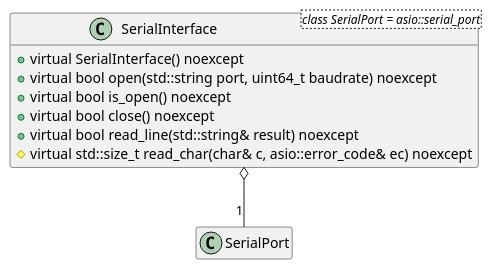
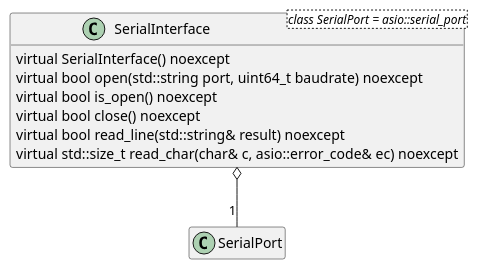
One commit to EduPonz/easynmea changed the diagram in docs/uml/SerialInterface.puml. Above: the diagram before and after it, drawn with PlantUML. The commit also changed 3 other files, not shown here.

Commit message:
Fix UML diagrams in RTD (#49)

```diff
--- a/docs/uml/SerialInterface.puml
+++ b/docs/uml/SerialInterface.puml
@@ -1,16 +1,16 @@
-@startuml SerialInterface
+@startuml
 hide empty members
+
 class SerialInterface<class SerialPort = asio::serial_port>
-{
-    + virtual SerialInterface() noexcept
-    + virtual bool open(std::string port, uint64_t baudrate) noexcept
-    + virtual bool is_open() noexcept
-    + virtual bool close() noexcept
-    + virtual bool read_line(std::string& result) noexcept
-    # virtual std::size_t read_char(char& c, asio::error_code& ec) noexcept
-}
+
+SerialInterface : virtual SerialInterface() noexcept
+SerialInterface : virtual bool open(std::string port, uint64_t baudrate) noexcept
+SerialInterface : virtual bool is_open() noexcept
+SerialInterface : virtual bool close() noexcept
+SerialInterface : virtual bool read_line(std::string& result) noexcept
+SerialInterface : virtual std::size_t read_char(char& c, asio::error_code& ec) noexcept
 
 class SerialPort
 
 SerialInterface o-- "1" SerialPort
 @enduml
```
